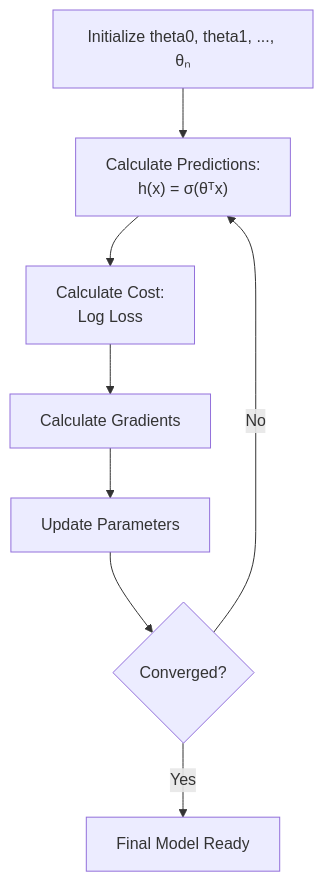
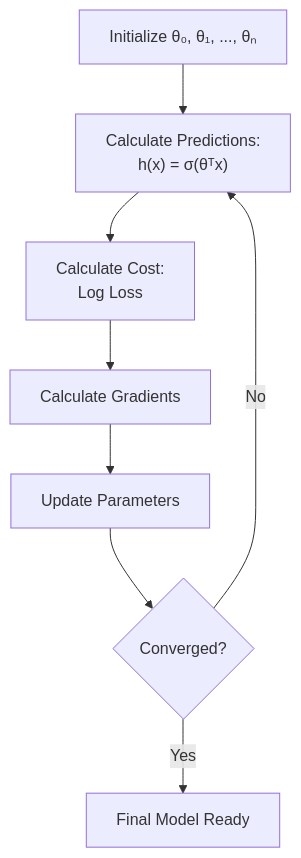
One commit to nishant-iith/Learning-AI-ML changed the fourth of 4 diagrams in ML Revision/05-Logistic-Regression.md. Above: the diagram before and after it, drawn with Mermaid. The commit also changed other lines of this file and 2 other files, not shown here.

````diff
--- a/ML Revision/05-Logistic-Regression.md
+++ b/ML Revision/05-Logistic-Regression.md
@@ -119,10 +110,10 @@
 ```mermaid
 flowchart TD
-    A["Initialize theta0, theta1, ..., θₙ"] --> B["Calculate Predictions:<br/>h(x) = σ(θᵀx)"]
+    A["Initialize θ₀, θ₁, ..., θₙ"] --> B["Calculate Predictions:<br/>h(x) = σ(θᵀx)"]
     B --> C["Calculate Cost:<br/>Log Loss"]
     C --> D["Calculate Gradients"]
     D --> E["Update Parameters"]
     E --> F{"Converged?"}
     F -->|No| B
     F -->|Yes| G["Final Model Ready"]
 ```
````
